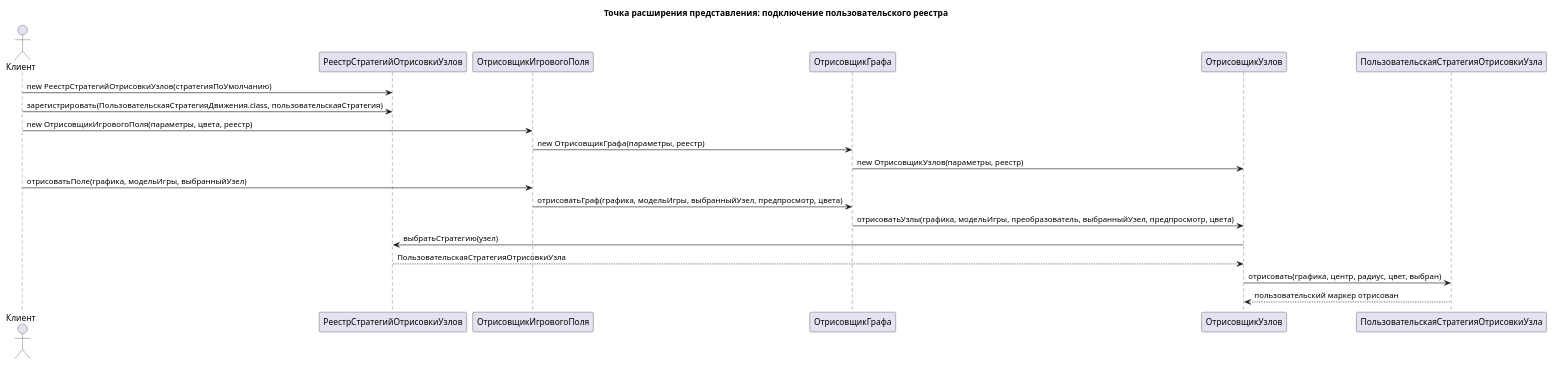
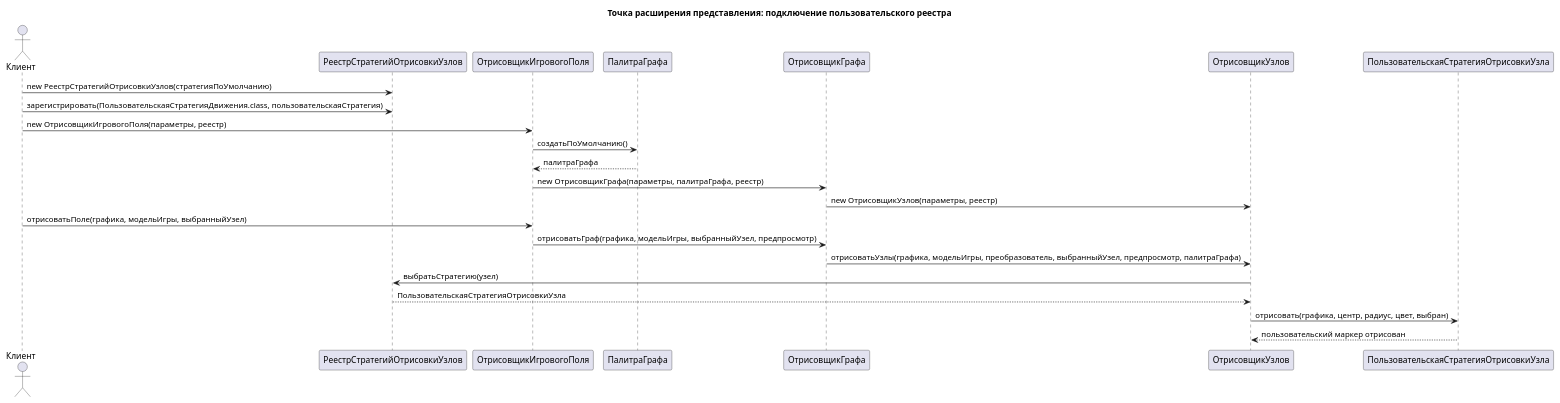
Before and after one commit to dmitriyBreyfogel/Untangle: the diagram in diagrams/Point of extension/View sequence diagrams/04 Inject custom render registry.puml, drawn with PlantUML. The commit also changed 17 other files, not shown here.

```diff
--- a/diagrams/Point of extension/View sequence diagrams/04 Inject custom render registry.puml
+++ b/diagrams/Point of extension/View sequence diagrams/04 Inject custom render registry.puml
@@ -1,24 +1,27 @@
 @startuml
 title Точка расширения представления: подключение пользовательского реестра
 
 actor Клиент
 participant "РеестрСтратегийОтрисовкиУзлов" as Реестр
 participant "ОтрисовщикИгровогоПоля" as ОтрисовщикИгровогоПоля
+participant "ПалитраГрафа" as ПалитраГрафа
 participant "ОтрисовщикГрафа" as ОтрисовщикГрафа
 participant "ОтрисовщикУзлов" as ОтрисовщикУзлов
 participant "ПользовательскаяСтратегияОтрисовкиУзла" as ПользовательскаяСтратегия
 
 Клиент -> Реестр : new РеестрСтратегийОтрисовкиУзлов(стратегияПоУмолчанию)
 Клиент -> Реестр : зарегистрировать(ПользовательскаяСтратегияДвижения.class, пользовательскаяСтратегия)
-Клиент -> ОтрисовщикИгровогоПоля : new ОтрисовщикИгровогоПоля(параметры, цвета, реестр)
-ОтрисовщикИгровогоПоля -> ОтрисовщикГрафа : new ОтрисовщикГрафа(параметры, реестр)
+Клиент -> ОтрисовщикИгровогоПоля : new ОтрисовщикИгровогоПоля(параметры, реестр)
+ОтрисовщикИгровогоПоля -> ПалитраГрафа : создатьПоУмолчанию()
+ПалитраГрафа --> ОтрисовщикИгровогоПоля : палитраГрафа
+ОтрисовщикИгровогоПоля -> ОтрисовщикГрафа : new ОтрисовщикГрафа(параметры, палитраГрафа, реестр)
 ОтрисовщикГрафа -> ОтрисовщикУзлов : new ОтрисовщикУзлов(параметры, реестр)
 Клиент -> ОтрисовщикИгровогоПоля : отрисоватьПоле(графика, модельИгры, выбранныйУзел)
-ОтрисовщикИгровогоПоля -> ОтрисовщикГрафа : отрисоватьГраф(графика, модельИгры, выбранныйУзел, предпросмотр, цвета)
-ОтрисовщикГрафа -> ОтрисовщикУзлов : отрисоватьУзлы(графика, модельИгры, преобразователь, выбранныйУзел, предпросмотр, цвета)
+ОтрисовщикИгровогоПоля -> ОтрисовщикГрафа : отрисоватьГраф(графика, модельИгры, выбранныйУзел, предпросмотр)
+ОтрисовщикГрафа -> ОтрисовщикУзлов : отрисоватьУзлы(графика, модельИгры, преобразователь, выбранныйУзел, предпросмотр, палитраГрафа)
 ОтрисовщикУзлов -> Реестр : выбратьСтратегию(узел)
 Реестр --> ОтрисовщикУзлов : ПользовательскаяСтратегияОтрисовкиУзла
 ОтрисовщикУзлов -> ПользовательскаяСтратегия : отрисовать(графика, центр, радиус, цвет, выбран)
 ПользовательскаяСтратегия --> ОтрисовщикУзлов : пользовательский маркер отрисован
 
 @enduml
```
